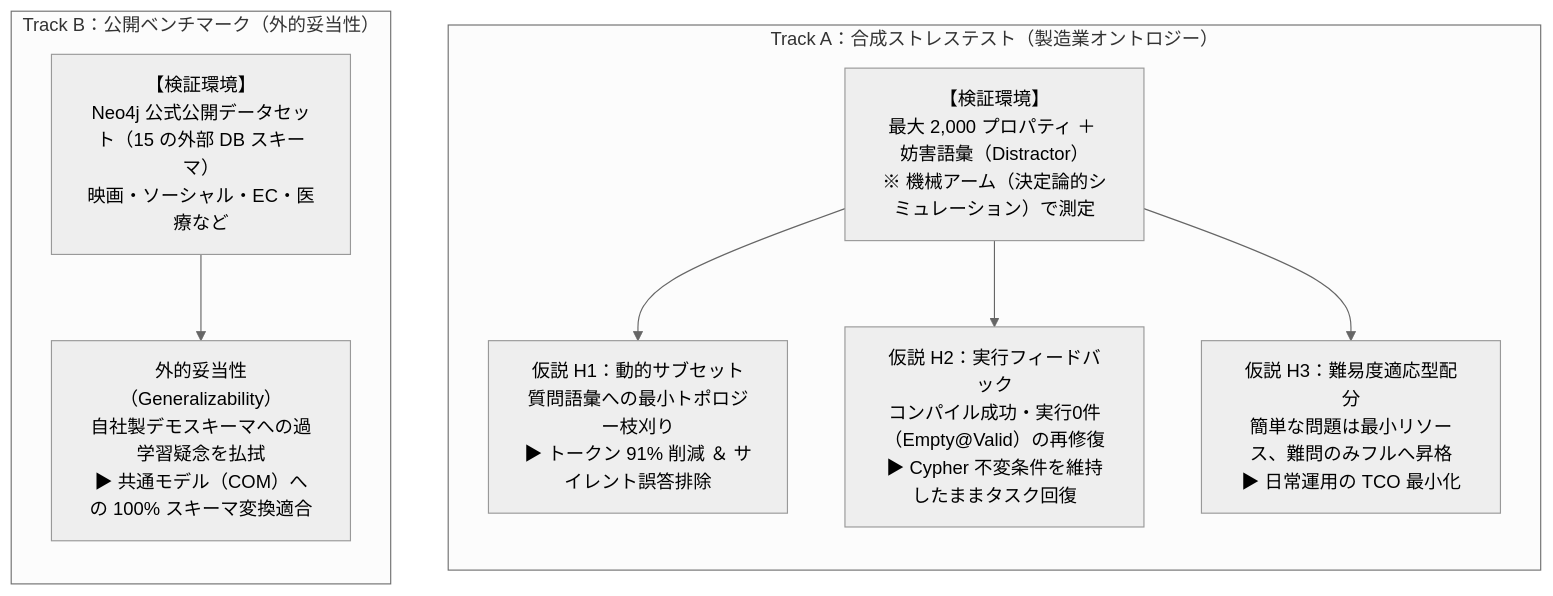
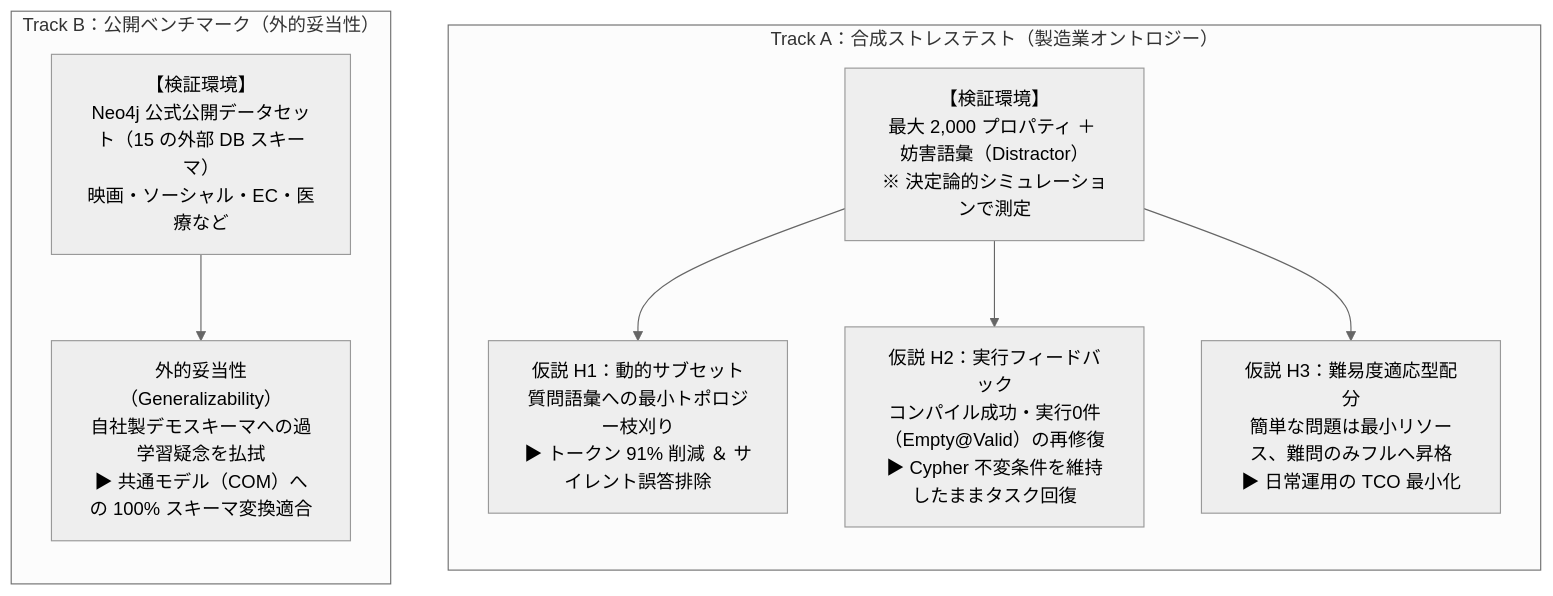
The diagram in articles/2026-09-08-ontographia-eval-and-roadmap.md (yohei1126/zenn), drawn with Mermaid (neutral theme) before and after one commit. The commit also changed other lines of this file, not shown here.

````diff
--- a/articles/2026-09-08-ontographia-eval-and-roadmap.md
+++ b/articles/2026-09-08-ontographia-eval-and-roadmap.md
@@ -43,24 +43,24 @@
 ```mermaid
 graph TD
     subgraph TrackA [Track A：合成ストレステスト（製造業オントロジー）]
         direction TB
-        TA_Env["【検証環境】<br>最大 2,000 プロパティ ＋ 妨害語彙（Distractor）<br>※ 機械アーム（決定論的シミュレーション）で測定"]
+        TA_Env["【検証環境】<br>最大 2,000 プロパティ ＋ 妨害語彙（Distractor）<br>※ 決定論的シミュレーションで測定"]
         
         H1["仮説 H1：動的サブセット<br>質問語彙への最小トポロジー枝刈り<br>▶ トークン 91% 削減 ＆ サイレント誤答排除"]
         H2["仮説 H2：実行フィードバック<br>コンパイル成功・実行0件（Empty@Valid）の再修復<br>▶ Cypher 不変条件を維持したままタスク回復"]
         H3["仮説 H3：難易度適応型配分<br>簡単な問題は最小リソース、難問のみフルへ昇格<br>▶ 日常運用の TCO 最小化"]
         
         TA_Env --> H1
         TA_Env --> H2
         TA_Env --> H3
     end
 
     subgraph TrackB [Track B：公開ベンチマーク（外的妥当性）]
         direction TB
         TB_Env["【検証環境】<br>Neo4j 公式公開データセット（15 の外部 DB スキーマ）<br>映画・ソーシャル・EC・医療など"]
         
         Ext["外的妥当性（Generalizability）<br>自社製デモスキーマへの過学習疑念を払拭<br>▶ 共通モデル（COM）への 100% スキーマ変換適合"]
         
         TB_Env --> Ext
     end
 ```
````
